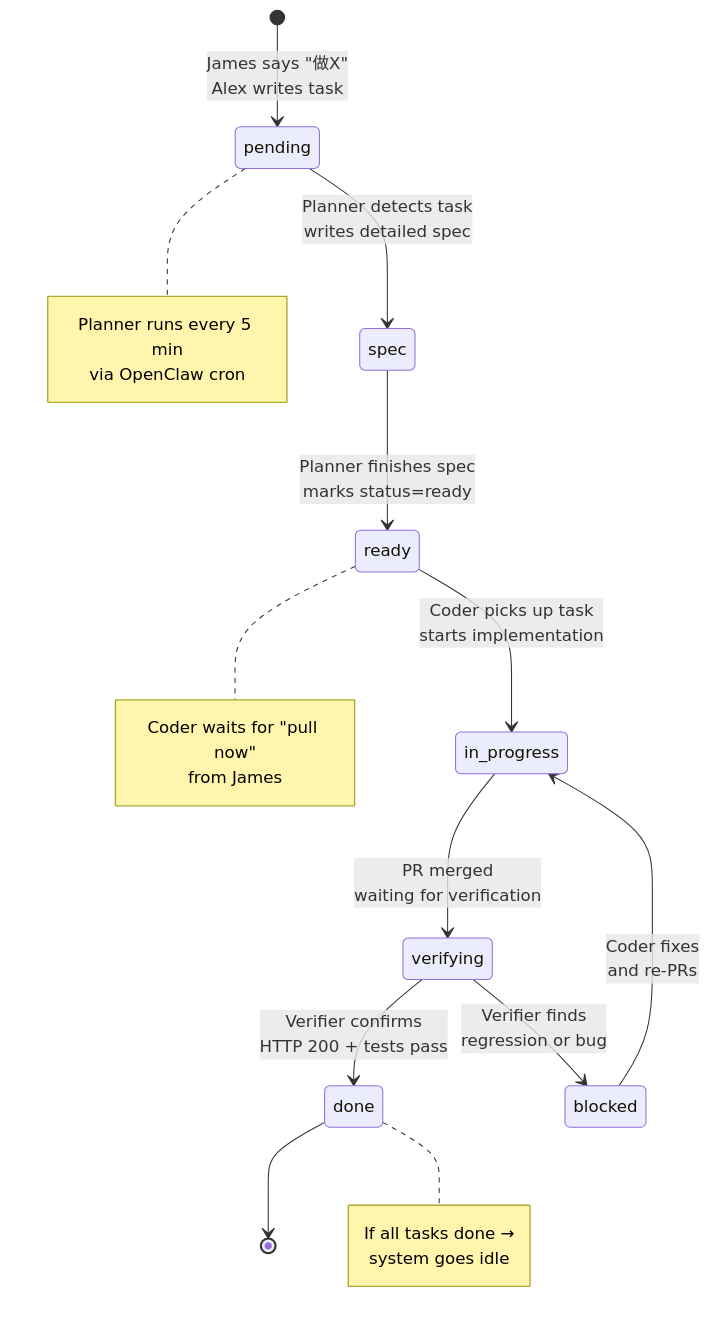
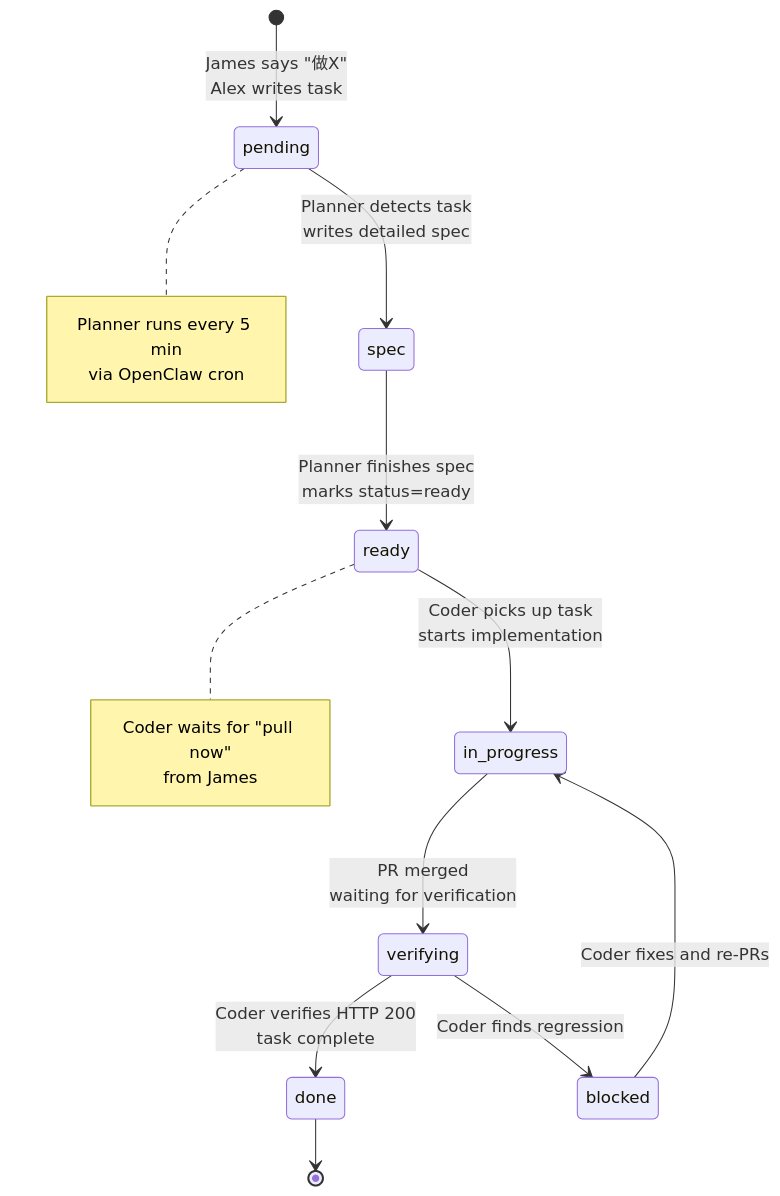
One commit to JamesHuang22/product-tracer changed the second of 3 diagrams in doc/AUTOMATION_SYSTEM.md. Above: the diagram before and after it, drawn with Mermaid. The commit also changed other lines of this file and 1 other file, not shown here.

Commit message:
docs: final v2 — all OpenClaw cron, no CC --bg, single Coder

````diff
--- a/doc/AUTOMATION_SYSTEM.md
+++ b/doc/AUTOMATION_SYSTEM.md
@@ -64,27 +56,22 @@
 ```mermaid
 stateDiagram-v2
     [*] --> pending: James says "做X"<br/>Alex writes task
     pending --> spec: Planner detects task<br/>writes detailed spec
     spec --> ready: Planner finishes spec<br/>marks status=ready
     ready --> in_progress: Coder picks up task<br/>starts implementation
     in_progress --> verifying: PR merged<br/>waiting for verification
-    verifying --> done: Verifier confirms<br/>HTTP 200 + tests pass
-    verifying --> blocked: Verifier finds<br/>regression or bug
-    blocked --> in_progress: Coder fixes<br/>and re-PRs
+    verifying --> done: Coder verifies HTTP 200<br/>task complete
+    verifying --> blocked: Coder finds regression
+    blocked --> in_progress: Coder fixes and re-PRs
     done --> [*]
 
     note right of pending
         Planner runs every 5 min
         via OpenClaw cron
     end note
 
     note right of ready
         Coder waits for "pull now"
         from James
     end note
-
-    note right of done
-        If all tasks done →
-        system goes idle
-    end note
 ```
````
